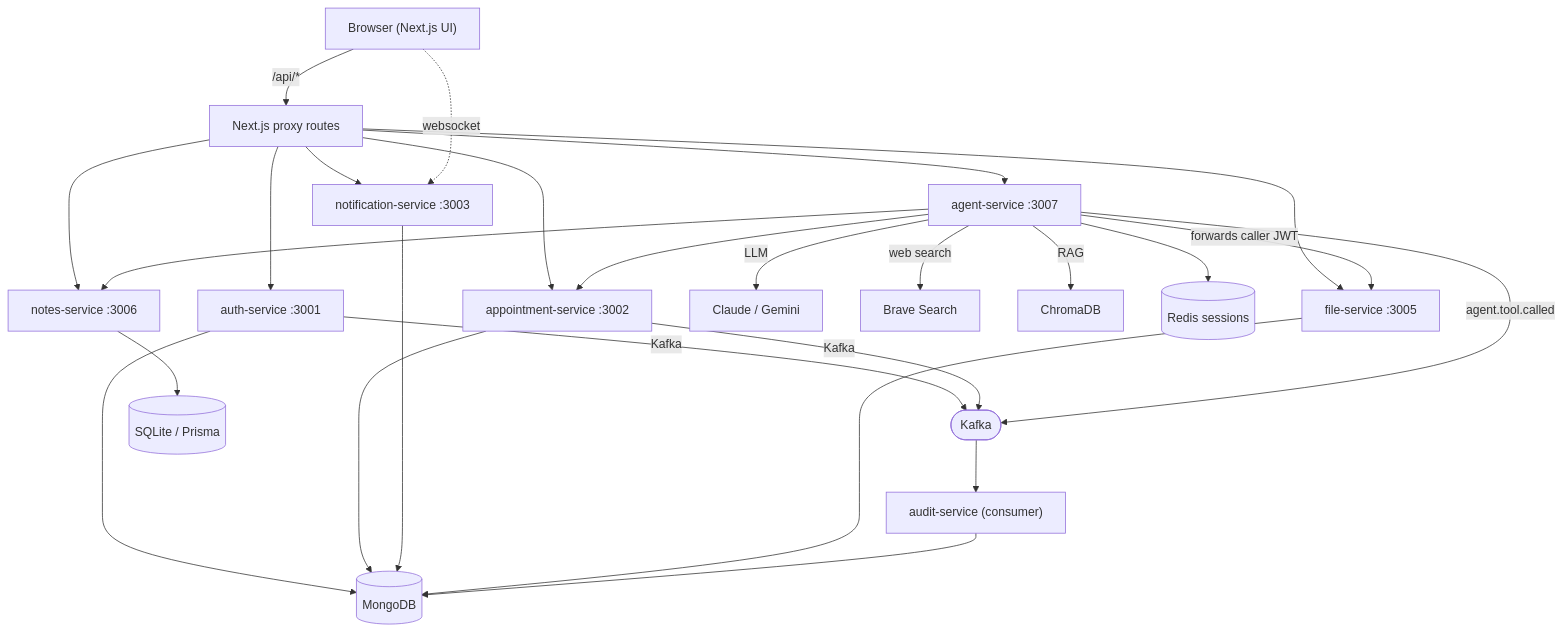
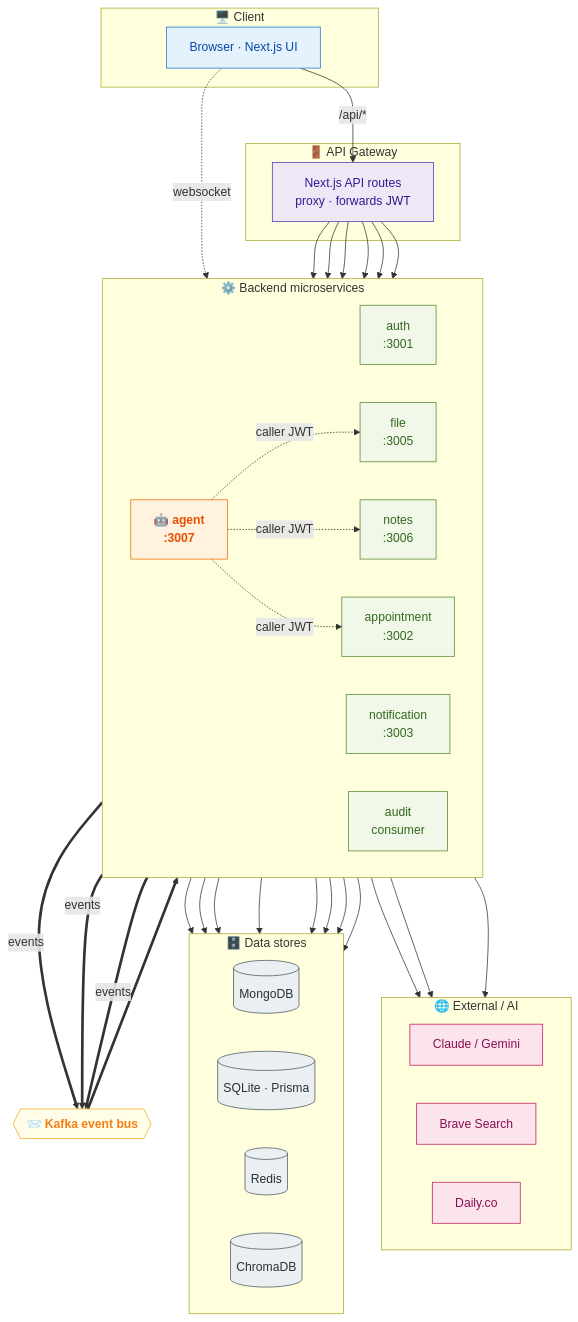
The diagram in README.md (muhammadusamahoyrr/mentor), drawn with Mermaid before and after one commit. The commit also changed other lines of this file, not shown here.

Commit message:
Redesign README architecture diagram
Group nodes into labelled layers (client, gateway, services, data,
external, event bus), colour-code by role, and distinguish edge types:
solid = HTTP, dotted = JWT-forwarded internal call, thick = Kafka event.

````diff
--- a/README.md
+++ b/README.md
@@ -37,31 +39,69 @@
 ```mermaid
-flowchart TD
-    Browser["Browser (Next.js UI)"] -->|/api/*| Next["Next.js proxy routes"]
-    Next --> Auth["auth-service :3001"]
-    Next --> Appt["appointment-service :3002"]
-    Next --> Notif["notification-service :3003"]
-    Next --> File["file-service :3005"]
-    Next --> Notes["notes-service :3006"]
-    Next --> Agent["agent-service :3007"]
+flowchart TB
+    subgraph client["🖥️ Client"]
+        Browser["Browser · Next.js UI"]
+    end
+
+    subgraph gateway["🚪 API Gateway"]
+        Next["Next.js API routes<br/>proxy · forwards JWT"]
+    end
+
+    subgraph svc["⚙️ Backend microservices"]
+        direction LR
+        Auth["auth<br/>:3001"]
+        Appt["appointment<br/>:3002"]
+        Notif["notification<br/>:3003"]
+        File["file<br/>:3005"]
+        Notes["notes<br/>:3006"]
+        Agent["🤖 agent<br/>:3007"]
+        Audit["audit<br/>consumer"]
+    end
+
+    subgraph ext["🌐 External / AI"]
+        direction LR
+        LLM["Claude / Gemini"]
+        Brave["Brave Search"]
+        Daily["Daily.co"]
+    end
+
+    subgraph data["🗄️ Data stores"]
+        direction LR
+        Mongo[("MongoDB")]
+        SQLite[("SQLite · Prisma")]
+        Redis[("Redis")]
+        Chroma[("ChromaDB")]
+    end
+
+    Bus{{"📨 Kafka event bus"}}
+
+    Browser -->|"/api/*"| Next
     Browser -.->|websocket| Notif
+    Next --> Auth & Appt & Notif & File & Notes & Agent
 
-    Agent -->|forwards caller JWT| File
-    Agent --> Notes
-    Agent --> Appt
-    Agent -->|LLM| LLM["Claude / Gemini"]
-    Agent -->|web search| Brave["Brave Search"]
-    Agent -->|RAG| Chroma["ChromaDB"]
+    Agent -.->|caller JWT| File & Notes & Appt
+    Agent --> LLM & Brave & Chroma
+    Appt --> Daily
 
-    Auth -->|Kafka| Kafka(["Kafka"])
-    Appt -->|Kafka| Kafka
-    Agent -->|agent.tool.called| Kafka
-    Kafka --> Audit["audit-service (consumer)"]
+    Auth & Appt & Agent ==>|events| Bus
+    Bus ==> Audit
 
-    Auth --> Mongo[("MongoDB")]
-    Appt --> Mongo
-    Notif --> Mongo
-    File --> Mongo
-    Audit --> Mongo
-    Notes --> SQLite[("SQLite / Prisma")]
-    Agent --> Redis[("Redis sessions")]
+    Auth & Appt & Notif & File & Audit --> Mongo
+    Notes --> SQLite
+    Agent --> Redis
+
+    classDef cClient fill:#e3f2fd,stroke:#1976d2,color:#0d47a1;
+    classDef cGateway fill:#ede7f6,stroke:#5e35b1,color:#311b92;
+    classDef cSvc fill:#f1f8e9,stroke:#558b2f,color:#33691e;
+    classDef cAgent fill:#fff3e0,stroke:#ef6c00,color:#e65100,font-weight:bold;
+    classDef cExt fill:#fce4ec,stroke:#c2185b,color:#880e4f;
+    classDef cData fill:#eceff1,stroke:#455a64,color:#263238;
+    classDef cBus fill:#fffde7,stroke:#f9a825,color:#f57f17,font-weight:bold;
+
+    class Browser cClient;
+    class Next cGateway;
+    class Auth,Appt,Notif,File,Notes,Audit cSvc;
+    class Agent cAgent;
+    class LLM,Brave,Daily cExt;
+    class Mongo,SQLite,Redis,Chroma cData;
+    class Bus cBus;
 ```
````
